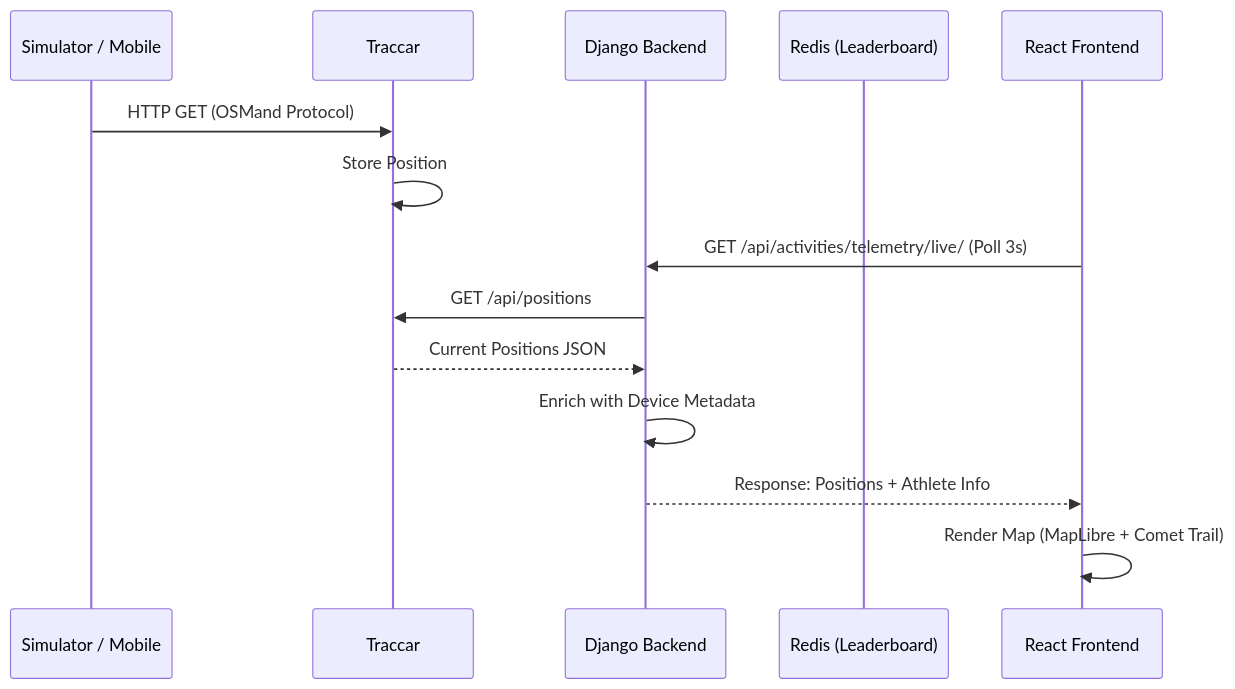
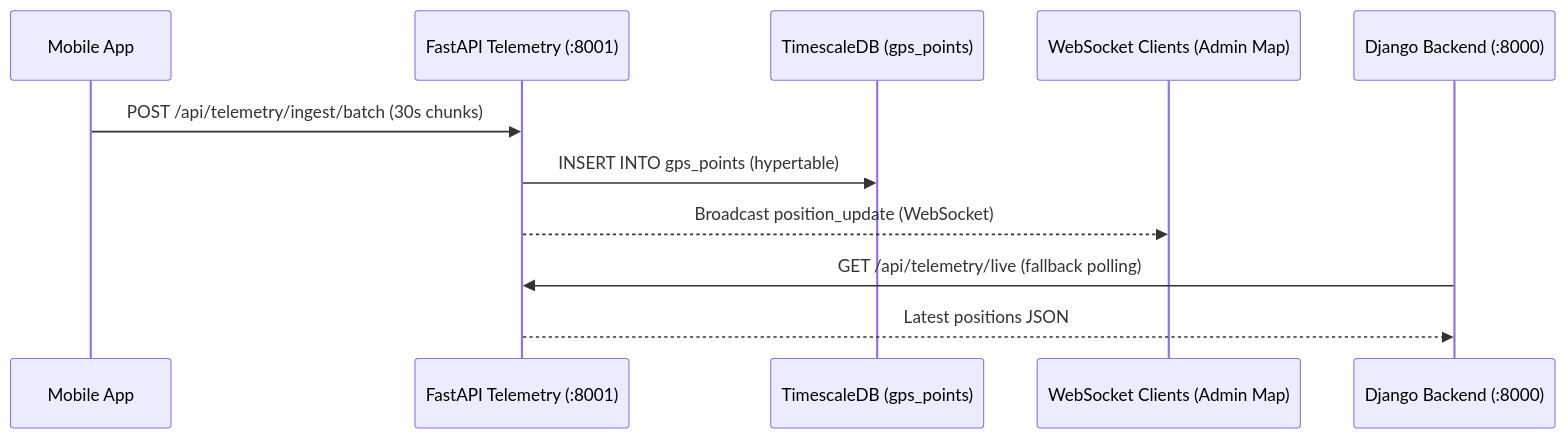
One commit to karnalooch/stunning-pancake changed the second of 2 diagrams in docs/sport_technical_documentation.md. Above: the diagram before and after it, drawn with Mermaid. The commit also changed other lines of this file and 24 other files, not shown here.

Commit message:
feat: Phase 2 -- Kalman+Viterbi, FastAPI telemetry, Plugin Registry, Matrix provisioner, Events API, OGC, Celery, React Native scaffold, CI, pyproject.toml

````diff
--- a/docs/sport_technical_documentation.md
+++ b/docs/sport_technical_documentation.md
@@ -23,17 +30,14 @@
 ```mermaid
 sequenceDiagram
-    participant S as Simulator / Mobile
-    participant T as Traccar
-    participant B as Django Backend
-    participant R as Redis (Leaderboard)
-    participant F as React Frontend
+    participant M as Mobile App
+    participant TE as FastAPI Telemetry (:8001)
+    participant TS as TimescaleDB (gps_points)
+    participant WS as WebSocket Clients (Admin Map)
+    participant DJ as Django Backend (:8000)
 
-    S->>T: HTTP GET (OSMand Protocol)
-    T->>T: Store Position
-    F->>B: GET /api/activities/telemetry/live/ (Poll 3s)
-    B->>T: GET /api/positions
-    T-->>B: Current Positions JSON
-    B->>B: Enrich with Device Metadata
-    B-->>F: Response: Positions + Athlete Info
-    F->>F: Render Map (MapLibre + Comet Trail)
+    M->>TE: POST /api/telemetry/ingest/batch (30s chunks)
+    TE->>TS: INSERT INTO gps_points (hypertable)
+    TE-->>WS: Broadcast position_update (WebSocket)
+    DJ->>TE: GET /api/telemetry/live (fallback polling)
+    TE-->>DJ: Latest positions JSON
 ```
````
